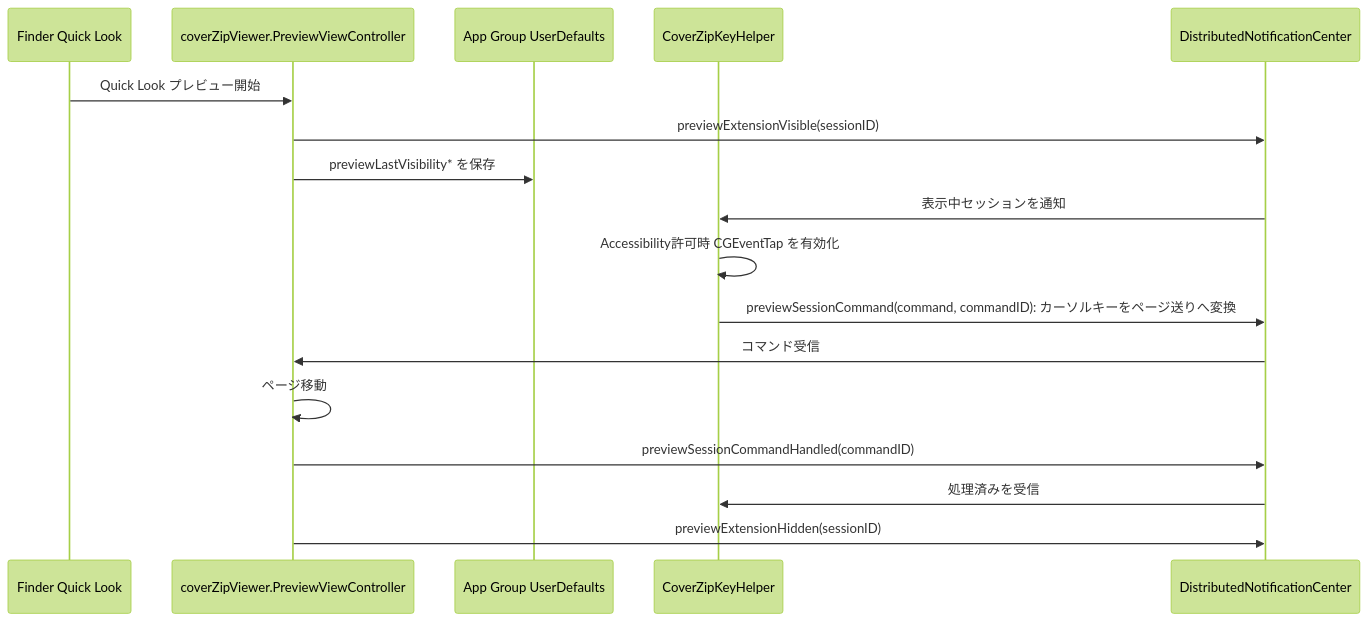
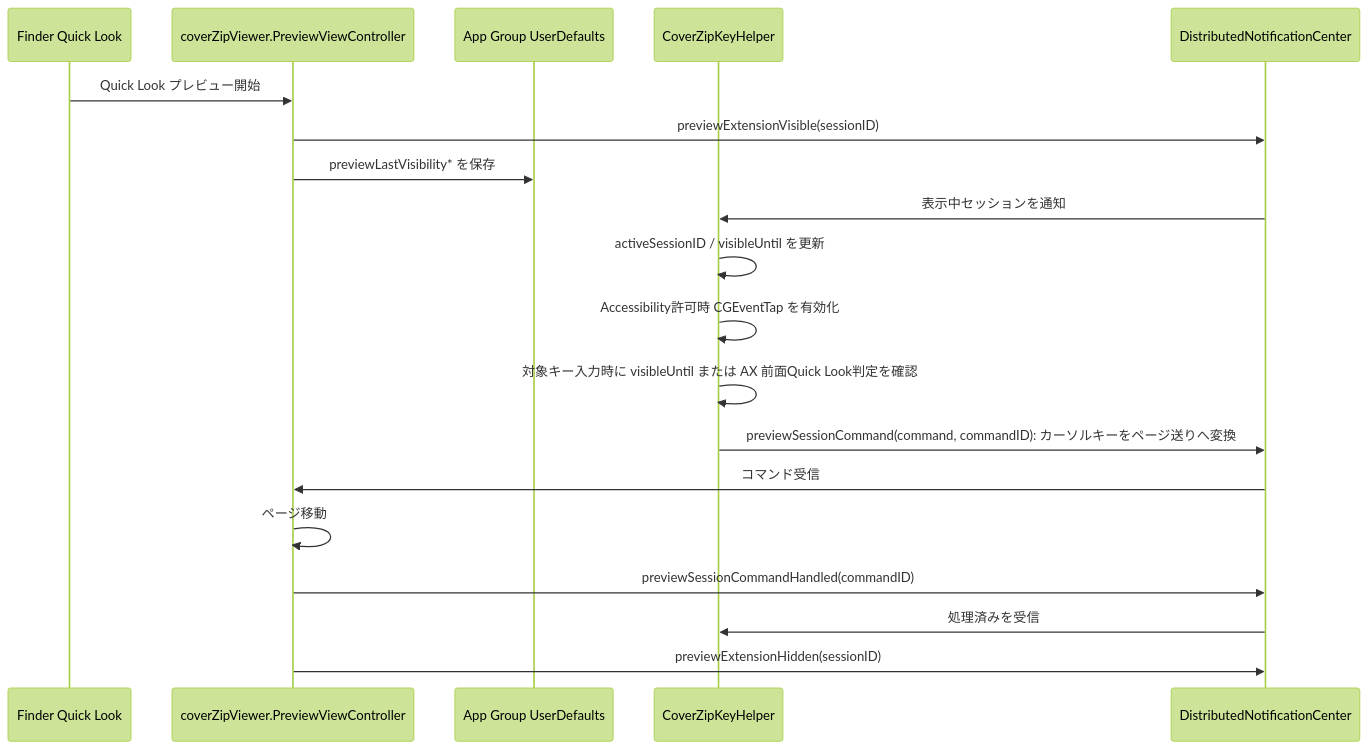
The fourth of 6 diagrams in flow.md (Nihondo/CoverZip), drawn with Mermaid (forest theme) before and after one commit. The commit also changed other lines of this file and 3 other files, not shown here.

````diff
--- a/flow.md
+++ b/flow.md
@@ -115,20 +115,22 @@
 ```mermaid
 sequenceDiagram
     participant Finder as Finder Quick Look
     participant Preview as coverZipViewer.PreviewViewController
     participant Defaults as App Group UserDefaults
     participant Key as CoverZipKeyHelper
     participant DNC as DistributedNotificationCenter
 
     Finder->>Preview: Quick Look プレビュー開始
     Preview->>DNC: previewExtensionVisible(sessionID)
     Preview->>Defaults: previewLastVisibility* を保存
     DNC->>Key: 表示中セッションを通知
+    Key->>Key: activeSessionID / visibleUntil を更新
     Key->>Key: Accessibility許可時 CGEventTap を有効化
+    Key->>Key: 対象キー入力時に visibleUntil または AX 前面Quick Look判定を確認
     Key->>DNC: previewSessionCommand(command, commandID): カーソルキーをページ送りへ変換
     DNC->>Preview: コマンド受信
     Preview->>Preview: ページ移動
     Preview->>DNC: previewSessionCommandHandled(commandID)
     DNC->>Key: 処理済みを受信
     Preview->>DNC: previewExtensionHidden(sessionID)
 ```
````
